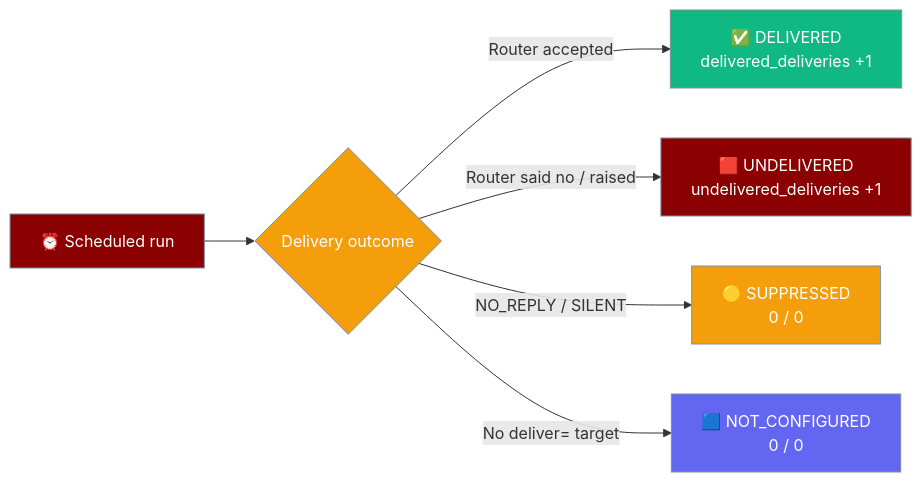
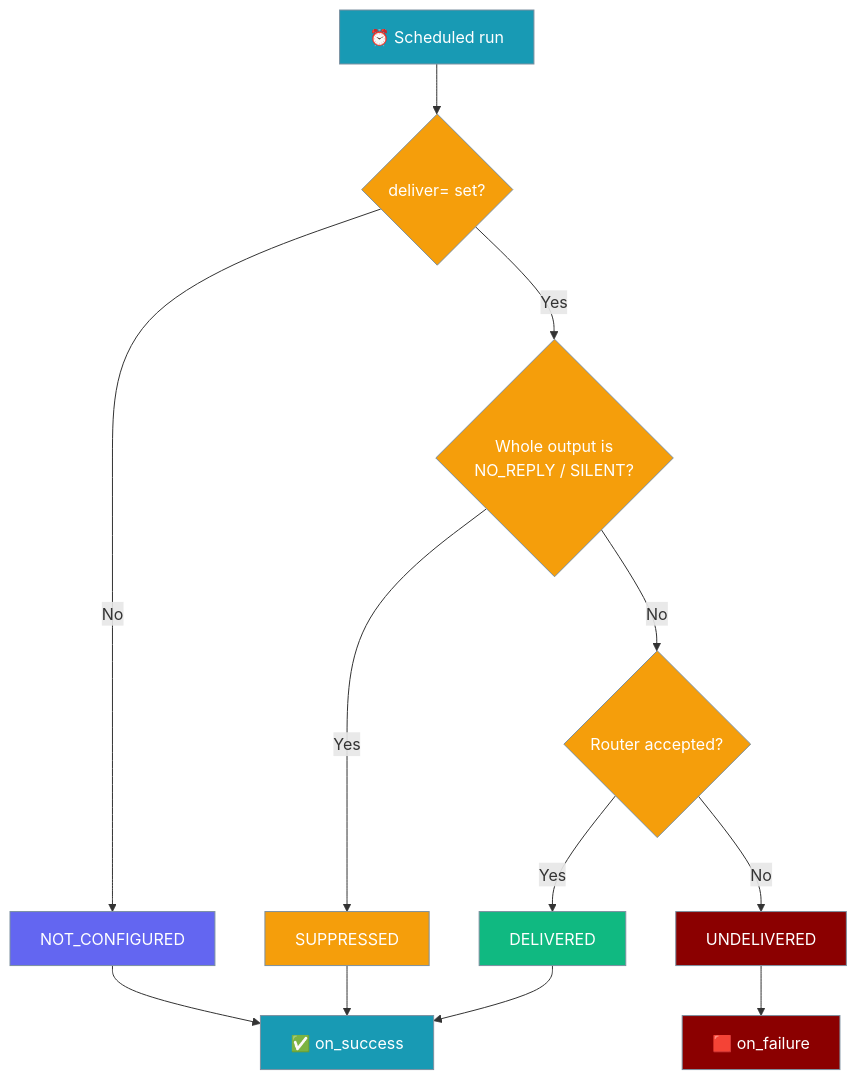
Diagram 13 of 17 in docs/features/scheduler-delivery.mdx (MervinPraison/PraisonAIDocs), drawn with Mermaid before and after one commit. The commit also changed other lines of this file and 3 other files, not shown here.

Commit message:
docs: document truthful scheduled-delivery outcome accounting (fixes #3458)

````diff
--- a/docs/features/scheduler-delivery.mdx
+++ b/docs/features/scheduler-delivery.mdx
@@ -879,22 +879,29 @@
 ```mermaid
-graph LR
-    Run[⏰ Scheduled run] --> Outcome{Delivery outcome}
-    Outcome -->|Router accepted| Delivered[✅ DELIVERED<br/>delivered_deliveries +1]
-    Outcome -->|Router said no / raised| Undelivered[🟥 UNDELIVERED<br/>undelivered_deliveries +1]
-    Outcome -->|NO_REPLY / SILENT| Suppressed[🟡 SUPPRESSED<br/>0 / 0]
-    Outcome -->|No deliver= target| NotConfigured[🟦 NOT_CONFIGURED<br/>0 / 0]
+graph TB
+    Run[⏰ Scheduled run] --> Configured{deliver= set?}
+    Configured -->|No| NotConfigured[NOT_CONFIGURED]
+    Configured -->|Yes| Silent{Whole output is<br/>NO_REPLY / SILENT?}
+    Silent -->|Yes| Suppressed[SUPPRESSED]
+    Silent -->|No| Sent{Router accepted?}
+    Sent -->|Yes| Delivered[DELIVERED]
+    Sent -->|No| Undelivered[UNDELIVERED]
 
-    classDef run fill:#8B0000,stroke:#7C90A0,color:#fff
-    classDef q fill:#F59E0B,stroke:#7C90A0,color:#fff
+    NotConfigured --> Success[✅ on_success]
+    Suppressed --> Success
+    Delivered --> Success
+    Undelivered --> Failure[🟥 on_failure]
+
+    classDef question fill:#F59E0B,stroke:#7C90A0,color:#fff
     classDef delivered fill:#10B981,stroke:#7C90A0,color:#fff
+    classDef suppressed fill:#F59E0B,stroke:#7C90A0,color:#fff
+    classDef notconfigured fill:#6366F1,stroke:#7C90A0,color:#fff
     classDef undelivered fill:#8B0000,stroke:#7C90A0,color:#fff
-    classDef suppressed fill:#F59E0B,stroke:#7C90A0,color:#fff
-    classDef notconfig fill:#6366F1,stroke:#7C90A0,color:#fff
+    classDef run fill:#189AB4,stroke:#7C90A0,color:#fff
 
-    class Run run
-    class Outcome q
+    class Run,Success run
+    class Configured,Silent,Sent question
     class Delivered delivered
-    class Undelivered undelivered
     class Suppressed suppressed
-    class NotConfigured notconfig
+    class NotConfigured notconfigured
+    class Undelivered,Failure undelivered
 ```
````
